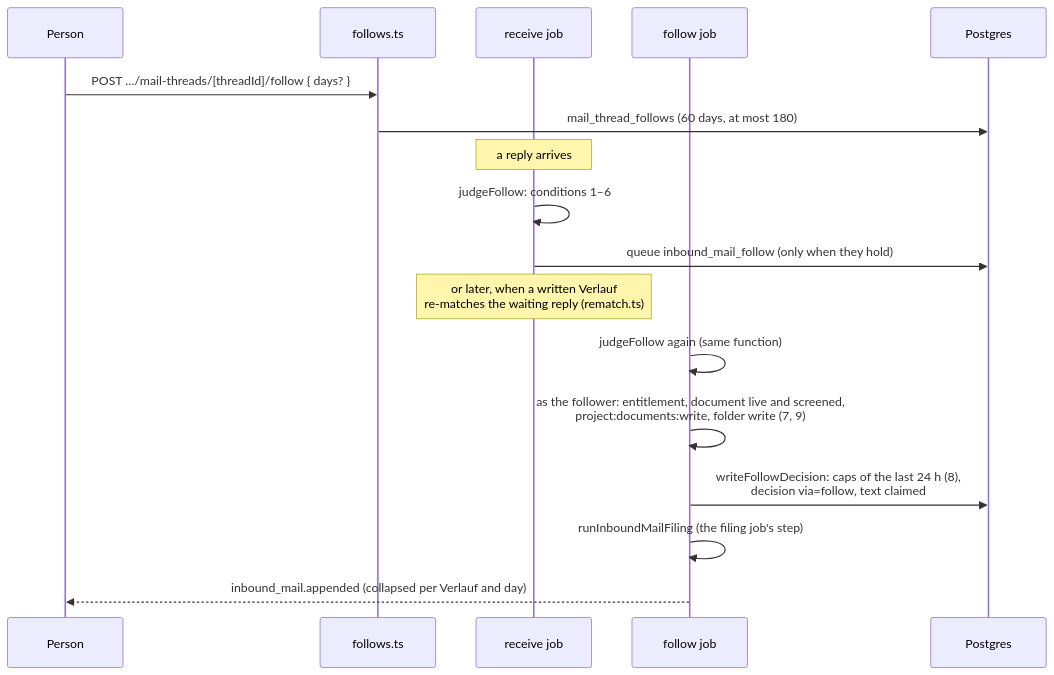
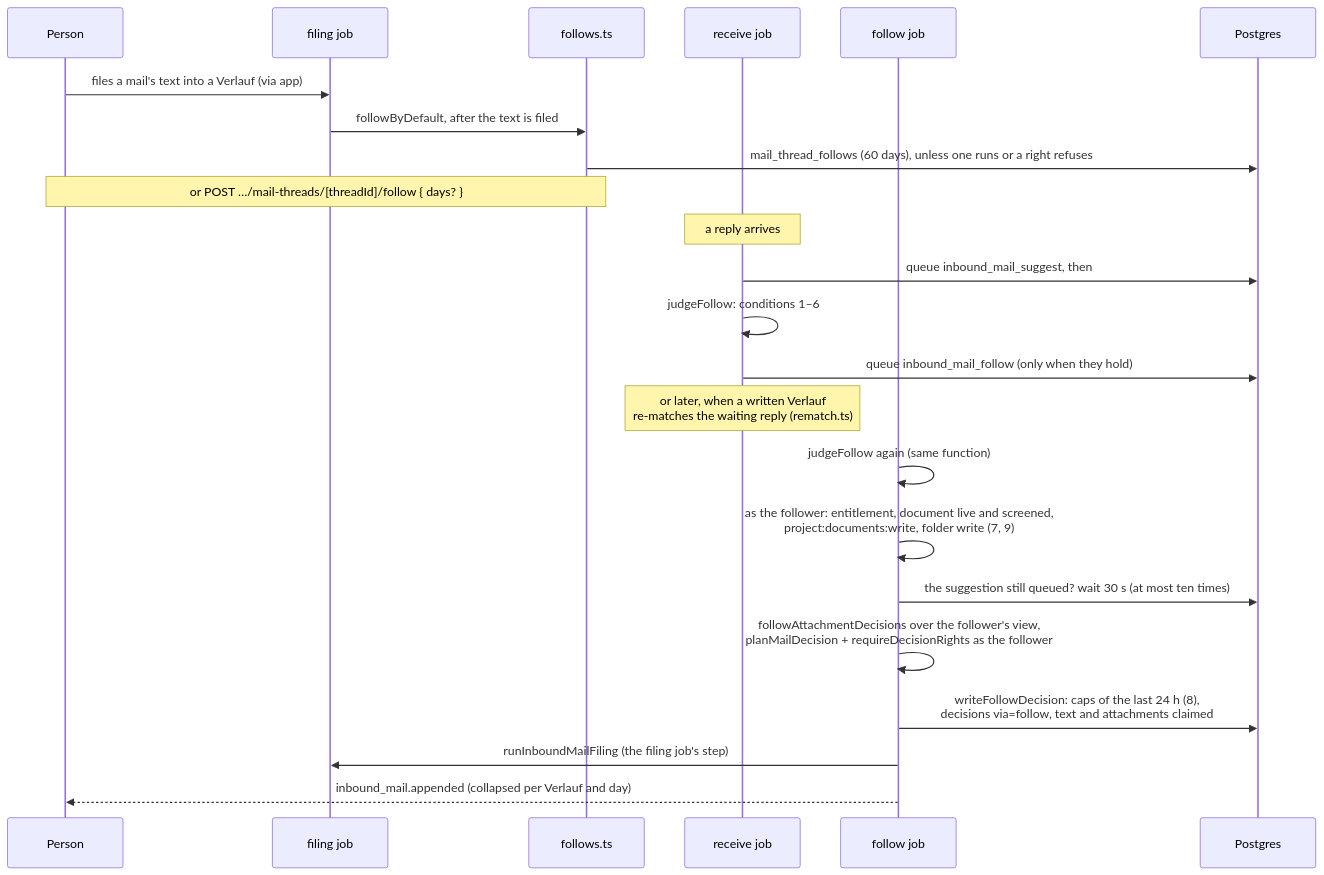
Before and after one commit to archos-at/archos: the second of 2 diagrams in docs/architecture/inbound-mail.md, drawn with Mermaid. The commit also changed other lines of this file and 5 other files, not shown here.

First line of the commit message:
docs(inbound-mail): replies from known correspondents are filed without a click

````diff
--- a/docs/architecture/inbound-mail.md
+++ b/docs/architecture/inbound-mail.md
@@ -670,19 +679,25 @@
 ```mermaid
 sequenceDiagram
   participant P as Person
+  participant FI as filing job
   participant F as follows.ts
   participant RJ as receive job
   participant FJ as follow job
   participant DB as Postgres
-  P->>F: POST …/mail-threads/[threadId]/follow { days? }
-  F->>DB: mail_thread_follows (60 days, at most 180)
+  P->>FI: files a mail's text into a Verlauf (via app)
+  FI->>F: followByDefault, after the text is filed
+  F->>DB: mail_thread_follows (60 days), unless one runs or a right refuses
+  Note over P,F: or POST …/mail-threads/[threadId]/follow { days? }
   Note over RJ: a reply arrives
+  RJ->>DB: queue inbound_mail_suggest, then
   RJ->>RJ: judgeFollow: conditions 1–6
   RJ->>DB: queue inbound_mail_follow (only when they hold)
   Note over RJ: or later, when a written Verlauf<br/>re-matches the waiting reply (rematch.ts)
   FJ->>FJ: judgeFollow again (same function)
   FJ->>FJ: as the follower: entitlement, document live and screened,<br/>project:documents:write, folder write (7, 9)
-  FJ->>DB: writeFollowDecision: caps of the last 24 h (8),<br/>decision via=follow, text claimed
-  FJ->>FJ: runInboundMailFiling (the filing job's step)
+  FJ->>DB: the suggestion still queued? wait 30 s (at most ten times)
+  FJ->>FJ: followAttachmentDecisions over the follower's view,<br/>planMailDecision + requireDecisionRights as the follower
+  FJ->>DB: writeFollowDecision: caps of the last 24 h (8),<br/>decisions via=follow, text and attachments claimed
+  FJ->>FI: runInboundMailFiling (the filing job's step)
   FJ-->>P: inbound_mail.appended (collapsed per Verlauf and day)
 ```
````
